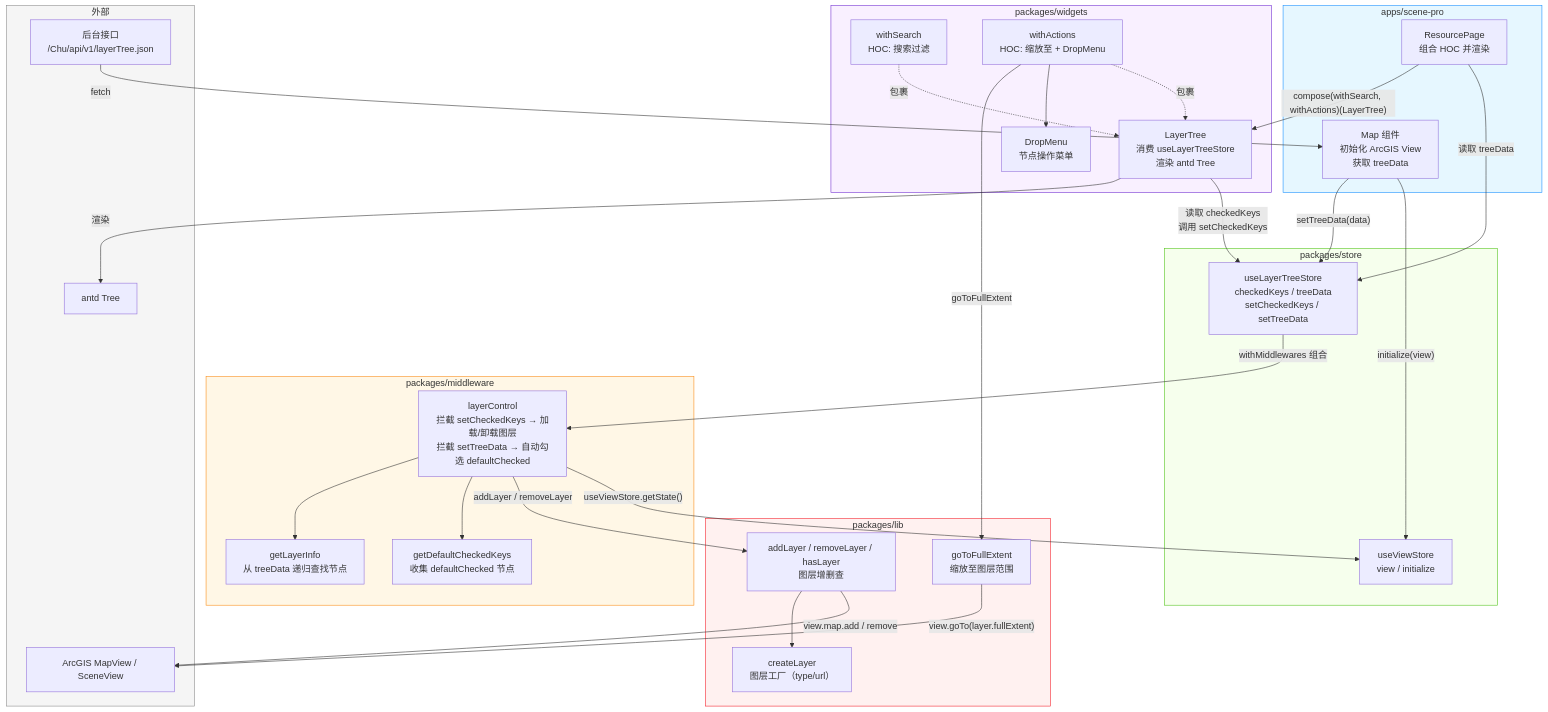
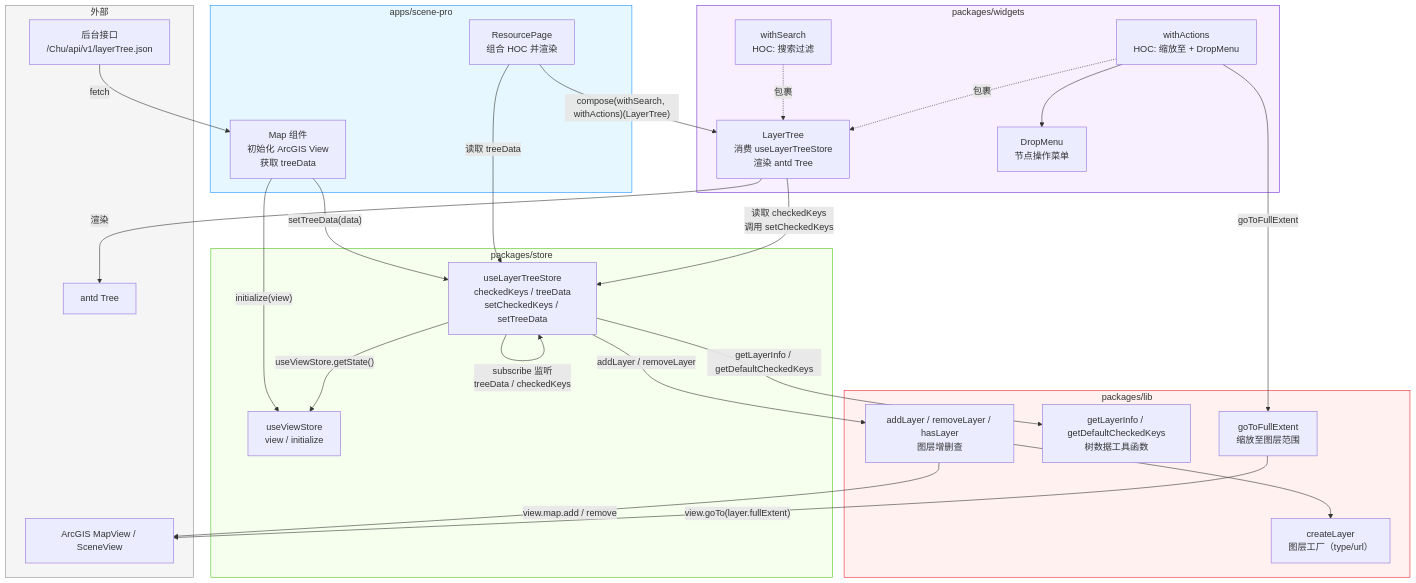
One commit to GeoDaoyu/Chu changed the first of 3 diagrams in docs/philosophy/layerTree-layerControl.md. Above: the diagram before and after it, drawn with Mermaid. The commit also changed other lines of this file and 11 other files, not shown here.

First line of the commit message:
refactor: replace layerControl middleware with subscribeWithSelector

````diff
--- a/docs/philosophy/layerTree-layerControl.md
+++ b/docs/philosophy/layerTree-layerControl.md
@@ -39,68 +39,61 @@
 ```mermaid
 graph TB
     subgraph App["apps/scene-pro"]
         Map["Map 组件<br/>初始化 ArcGIS View<br/>获取 treeData"]
         Resource["ResourcePage<br/>组合 HOC 并渲染"]
     end
 
     subgraph Store["packages/store"]
         ViewStore["useViewStore<br/>view / initialize"]
         LayerTreeStore["useLayerTreeStore<br/>checkedKeys / treeData<br/>setCheckedKeys / setTreeData"]
     end
 
-    subgraph Middleware["packages/middleware"]
-        LC["layerControl<br/>拦截 setCheckedKeys → 加载/卸载图层<br/>拦截 setTreeData → 自动勾选 defaultChecked"]
-        GLI["getLayerInfo<br/>从 treeData 递归查找节点"]
-        GDC["getDefaultCheckedKeys<br/>收集 defaultChecked 节点"]
-    end
-
     subgraph Widgets["packages/widgets"]
         LT["LayerTree<br/>消费 useLayerTreeStore<br/>渲染 antd Tree"]
         WS["withSearch<br/>HOC: 搜索过滤"]
         WA["withActions<br/>HOC: 缩放至 + DropMenu"]
         DM["DropMenu<br/>节点操作菜单"]
     end
 
     subgraph Lib["packages/lib"]
         AL["addLayer / removeLayer / hasLayer<br/>图层增删查"]
         CL["createLayer<br/>图层工厂（type/url）"]
+        TD["getLayerInfo / getDefaultCheckedKeys<br/>树数据工具函数"]
         GFE["goToFullExtent<br/>缩放至图层范围"]
     end
 
     subgraph External["外部"]
         API["后台接口<br/>/Chu/api/v1/layerTree.json"]
         ArcGIS["ArcGIS MapView / SceneView"]
         Antd["antd Tree"]
     end
 
     %% 数据流
     Map -->|"setTreeData(data)"| LayerTreeStore
     Map -->|"initialize(view)"| ViewStore
     API -->|"fetch"| Map
 
-    LayerTreeStore -->|"withMiddlewares 组合"| LC
-    LC --> GLI
-    LC --> GDC
-    LC -->|"addLayer / removeLayer"| AL
-    LC -->|"useViewStore.getState()"| ViewStore
+    LayerTreeStore -->|"subscribe 监听<br/>treeData / checkedKeys"| LayerTreeStore
+    LayerTreeStore -->|"addLayer / removeLayer"| AL
+    LayerTreeStore -->|"getLayerInfo / getDefaultCheckedKeys"| TD
+    LayerTreeStore -->|"useViewStore.getState()"| ViewStore
     AL --> CL
     AL -->|"view.map.add / remove"| ArcGIS
 
     Resource -->|"compose(withSearch, withActions)(LayerTree)"| LT
     Resource -->|"读取 treeData"| LayerTreeStore
     LT -->|"渲染"| Antd
     LT -->|"读取 checkedKeys<br/>调用 setCheckedKeys"| LayerTreeStore
     WA -->|"goToFullExtent"| GFE
     WA --> DM
     GFE -->|"view.goTo(layer.fullExtent)"| ArcGIS
 
     WS -.->|"包裹"| LT
     WA -.->|"包裹"| LT
 
     style App fill:#e6f7ff,stroke:#1890ff
     style Store fill:#f6ffed,stroke:#52c41a
-    style Middleware fill:#fff7e6,stroke:#fa8c16
     style Widgets fill:#f9f0ff,stroke:#722ed1
     style Lib fill:#fff1f0,stroke:#f5222d
     style External fill:#f5f5f5,stroke:#8c8c8c
 ```
````
